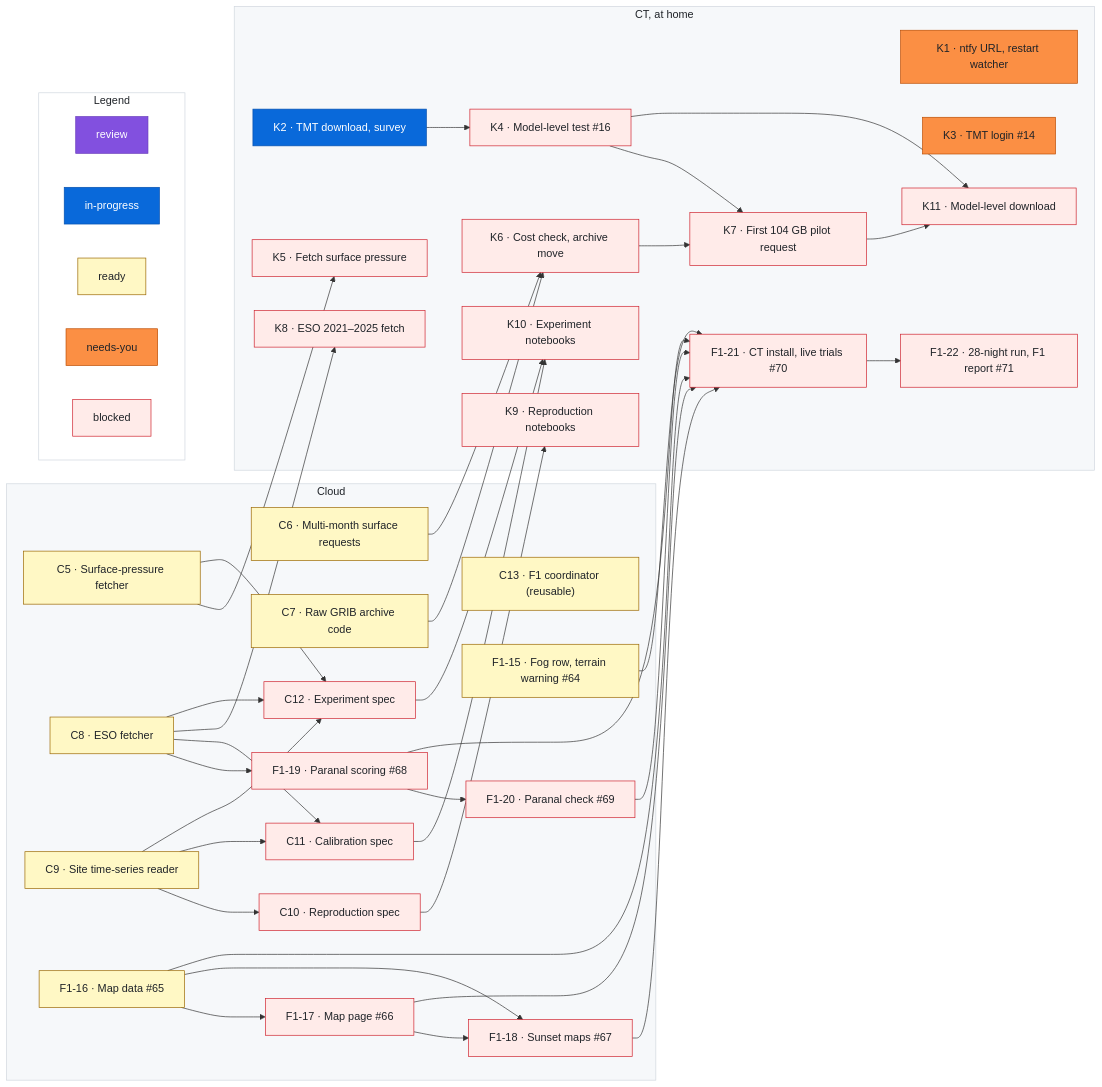
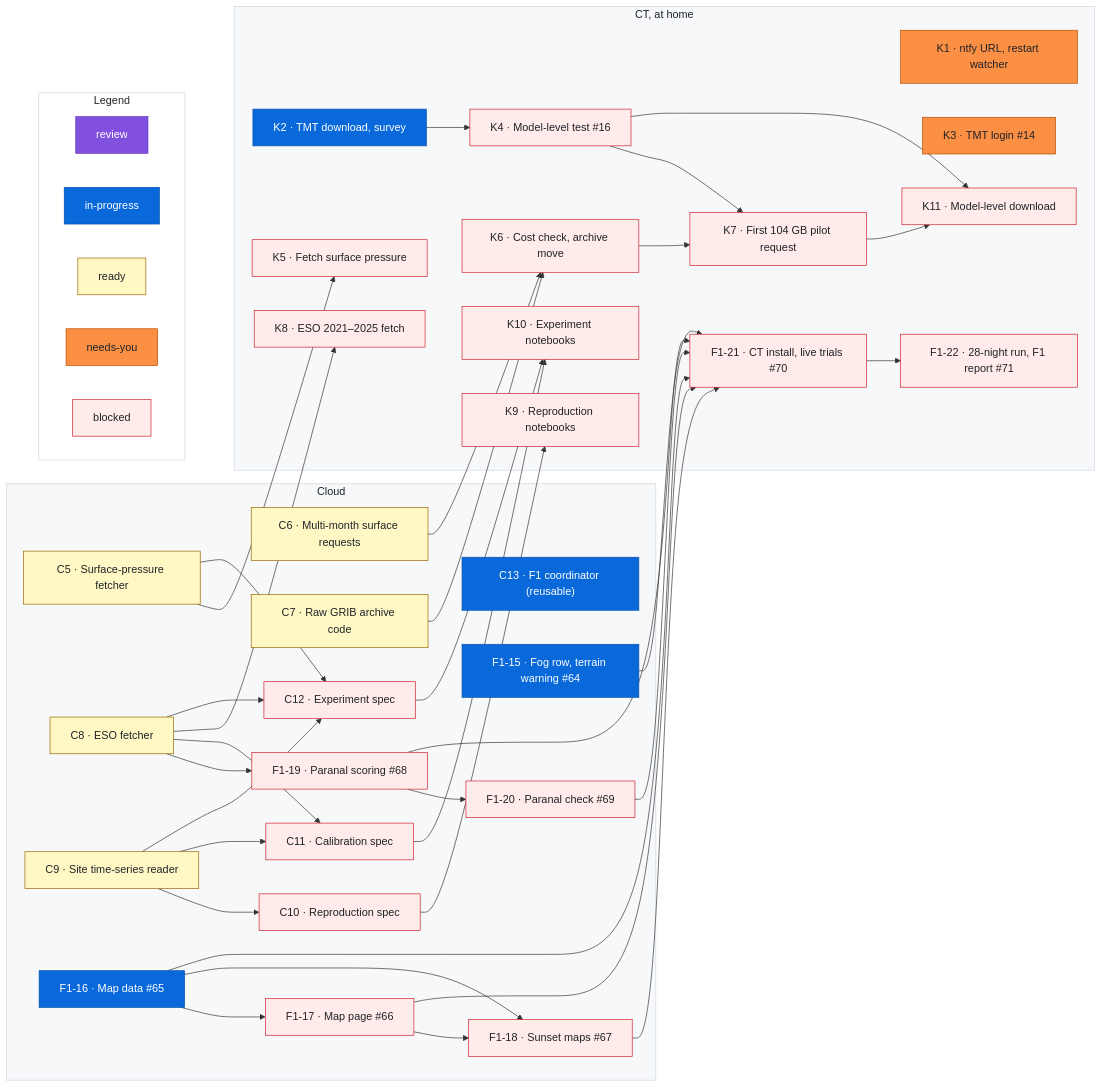
The diagram in docs/roadmap.md (rrweller/Astro-seeing), drawn with Mermaid before and after one commit. The commit also changed other lines of this file, not shown here.

Commit message:
roadmap: C13, F1-15, F1-16 ready → in-progress
Claude-Session: https://claude.ai/code/session_01ECS9raFm3vxsrVcoCuKymK

```diff
--- a/docs/roadmap.md
+++ b/docs/roadmap.md
@@ -173,11 +173,11 @@
   %% ---
   class C12 blocked
   %% ---
-  class C13 ready
+  class C13 inprogress
   %% ---
-  class F1_15 ready
+  class F1_15 inprogress
   %% ---
-  class F1_16 ready
+  class F1_16 inprogress
   %% ---
   class F1_17 blocked
   %% ---
```
